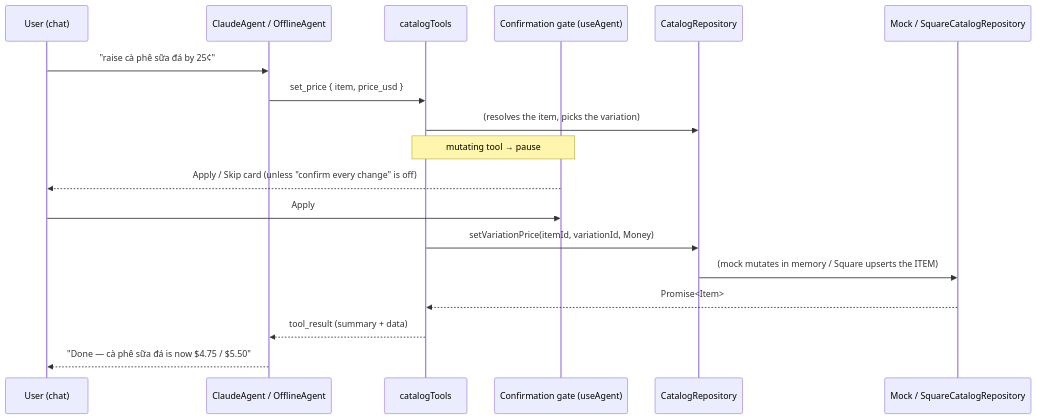
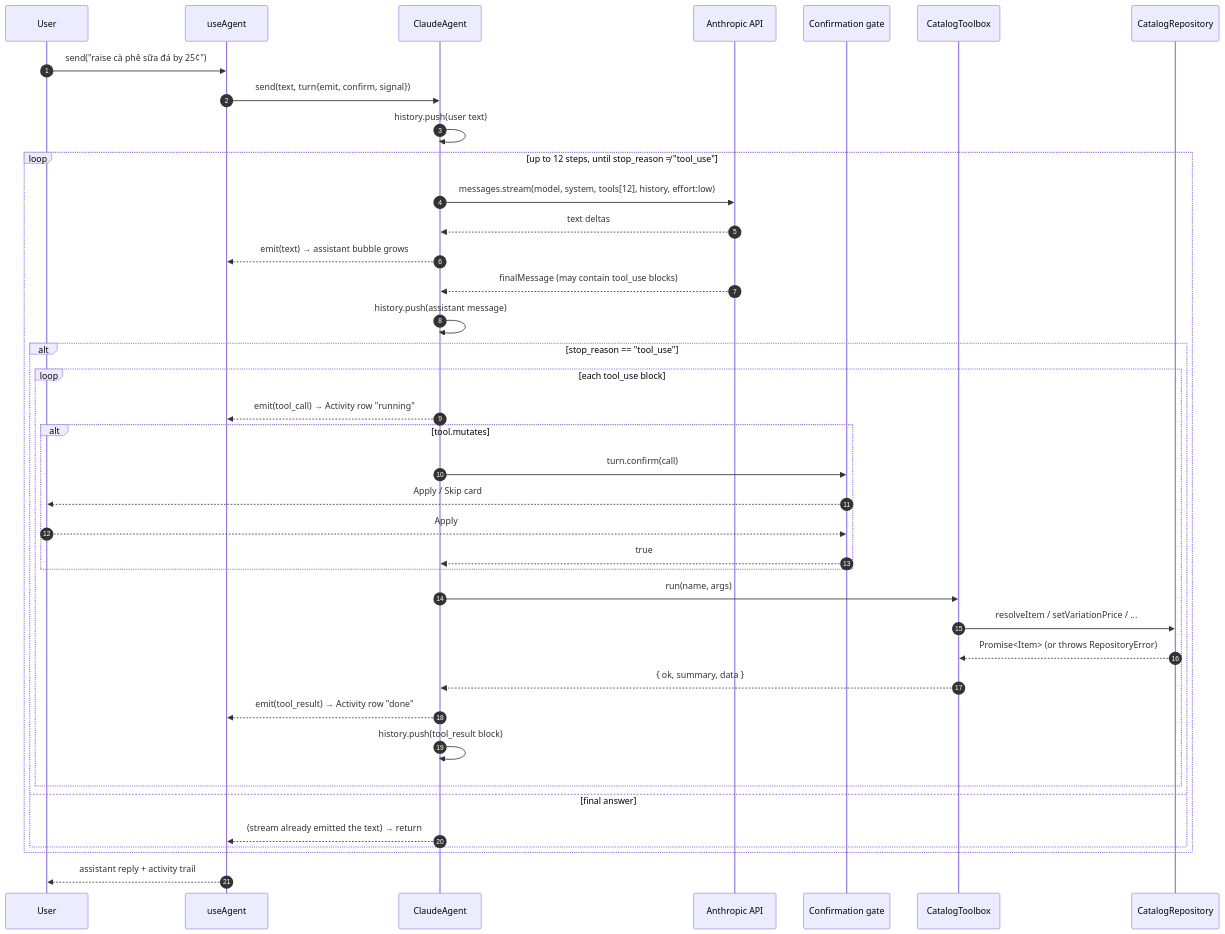
One commit to daniel-citrus/CapheVietPOS changed the third of 6 diagrams in ARCHITECTURE.md. Above: the diagram before and after it, drawn with Mermaid. The commit also changed other lines of this file and 11 other files, not shown here.

First line of the commit message:
Keep Anthropic API key server-side via Vite proxy (like Square).

````diff
--- a/ARCHITECTURE.md
+++ b/ARCHITECTURE.md
@@ -92,21 +148,43 @@
 ```mermaid
 sequenceDiagram
-  participant U as User (chat)
-  participant AG as ClaudeAgent / OfflineAgent
-  participant TB as catalogTools
-  participant Gate as Confirmation gate (useAgent)
-  participant Repo as CatalogRepository
-  participant Impl as Mock / SquareCatalogRepository
+  autonumber
+  participant User
+  participant UA as useAgent
+  participant CA as ClaudeAgent
+  participant API as Anthropic API
+  participant GATE as Confirmation gate
+  participant TBX as CatalogToolbox
+  participant REPO as CatalogRepository
 
-  U->>AG: "raise cà phê sữa đá by 25¢"
-  AG->>TB: set_price { item, price_usd }
-  TB->>Repo: (resolves the item, picks the variation)
-  Note over TB,Gate: mutating tool → pause
-  Gate-->>U: Apply / Skip card (unless "confirm every change" is off)
-  U->>Gate: Apply
-  TB->>Repo: setVariationPrice(itemId, variationId, Money)
-  Repo->>Impl: (mock mutates in memory / Square upserts the ITEM)
-  Impl-->>TB: Promise<Item>
-  TB-->>AG: tool_result (summary + data)
-  AG-->>U: "Done — cà phê sữa đá is now $4.75 / $5.50"
+  User->>UA: send("raise cà phê sữa đá by 25¢")
+  UA->>CA: send(text, turn{emit, confirm, signal})
+  CA->>CA: history.push(user text)
+
+  loop up to 12 steps, until stop_reason ≠ "tool_use"
+    CA->>API: messages.stream(model, system, tools[12], history, effort:low)
+    API-->>CA: text deltas
+    CA-->>UA: emit(text) → assistant bubble grows
+    API-->>CA: finalMessage (may contain tool_use blocks)
+    CA->>CA: history.push(assistant message)
+    alt stop_reason == "tool_use"
+      loop each tool_use block
+        CA-->>UA: emit(tool_call) → Activity row "running"
+        alt tool.mutates
+          CA->>GATE: turn.confirm(call)
+          GATE-->>User: Apply / Skip card
+          User-->>GATE: Apply
+          GATE-->>CA: true
+        end
+        CA->>TBX: run(name, args)
+        TBX->>REPO: resolveItem / setVariationPrice / ...
+        REPO-->>TBX: Promise<Item> (or throws RepositoryError)
+        TBX-->>CA: { ok, summary, data }
+        CA-->>UA: emit(tool_result) → Activity row "done"
+        CA->>CA: history.push(tool_result block)
+      end
+    else final answer
+      CA-->>UA: (stream already emitted the text) → return
+    end
+  end
+  UA-->>User: assistant reply + activity trail
 ```
````
